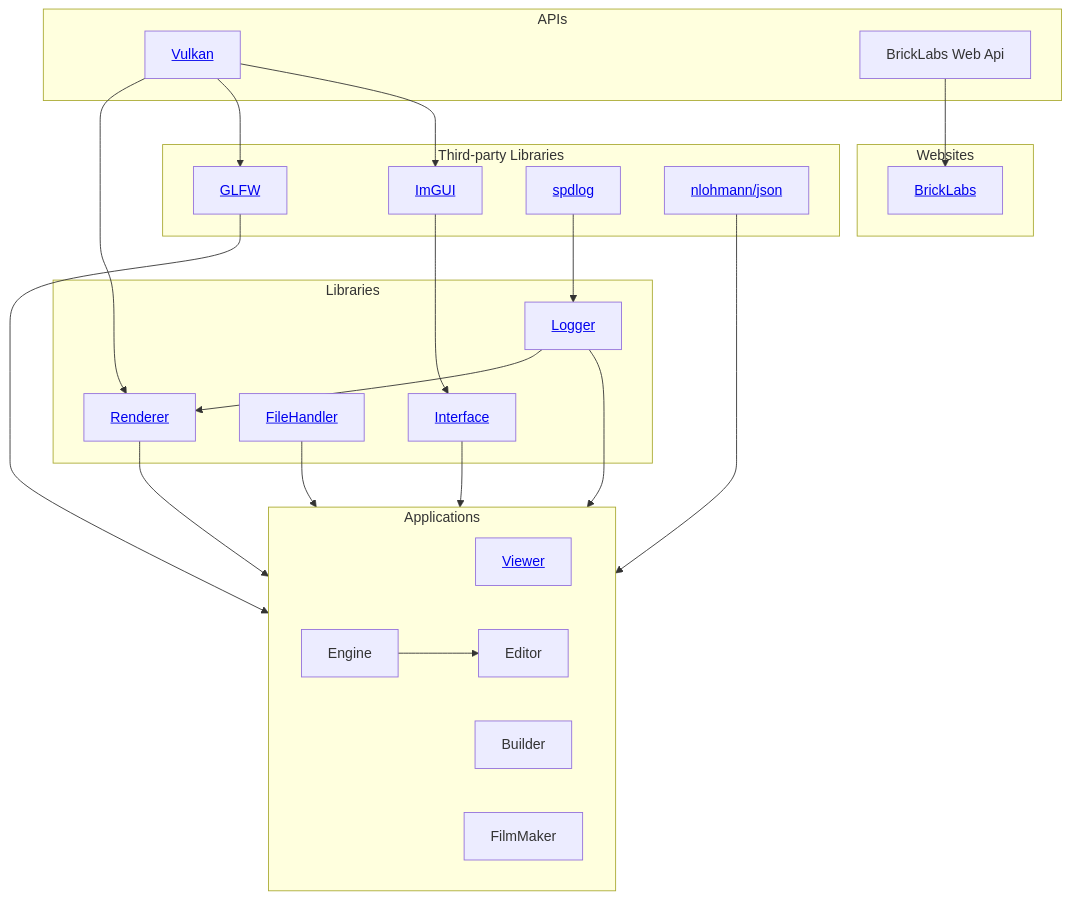
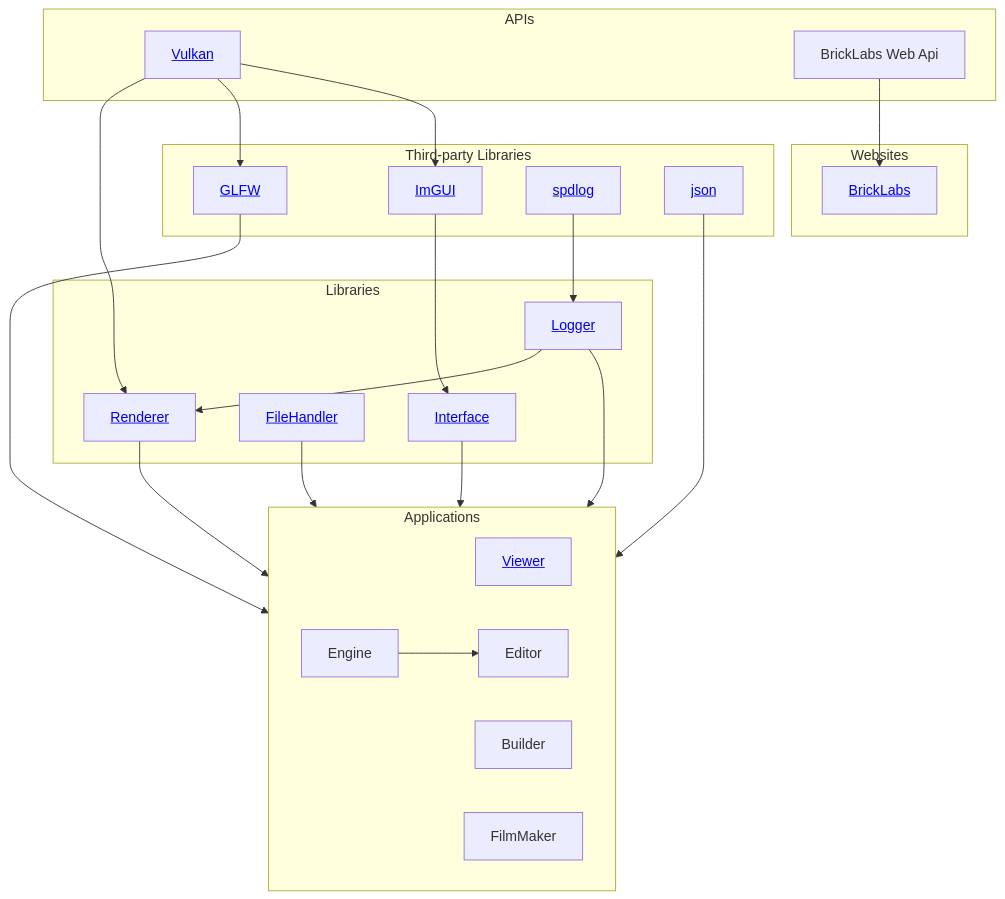
Before and after one commit to Brick-Labs/.github: the diagram in profile/README.md, drawn with Mermaid.

Commit message:
Update nlohmann_json references to json in Mermaid diagram

````diff
--- a/profile/README.md
+++ b/profile/README.md
@@ -6,58 +6,58 @@
 ```mermaid
 graph TD
     
     subgraph APIs
         Vulkan[<a href="https://vulkan.org">Vulkan</a>]
         BLAPI[<span>BrickLabs Web Api</span>]
     end
 
     subgraph Third-party Libraries
         GLFW[<a href="https://www.glfw.org">GLFW</a>]
         ImGUI[<a href="https://github.com/ocornut/imgui">ImGUI</a>]
         spdlog[<a href="https://github.com/gabime/spdlog">spdlog</a>]
-        nlohmann_json[<a href="https://github.com/nlohmann/json">nlohmann/json</a>]
+        json[<a href="https://github.com/nlohmann/json">json</a>]
     end
 
     subgraph Libraries
         Renderer[<a href="https://github.com/Brick-Labs/Renderer">Renderer</a>]
         FileHandler[<a href="https://github.com/Brick-Labs/FileHandler">FileHandler</a>]
         Logger[<a href="https://github.com/Brick-Labs/Logger">Logger</a>]
         BLGUI[<a href="https://github.com/Brick-Labs/Interface">Interface</a>]
     end
 
     subgraph Applications
         Viewer[<a href="https://github.com/Brick-Labs/Viewer">Viewer</a>]
         Builder
         Engine
         Editor
         FilmMaker
     end
 
     subgraph Websites
         BrickLabsWeb[<a href="https://github.com/Brick-Labs/Website">BrickLabs</a>]
     end
 
     %% APIs to Libraries
     Vulkan --> Renderer
     Vulkan --> GLFW
     Vulkan --> ImGUI
 
     %% APIs to Websites
     BLAPI --> BrickLabsWeb
 
     %% Libraries to Libraries
     ImGUI --> BLGUI
     spdlog --> Logger
     Logger --> Renderer
 
     %% Librararies to Applications
     Renderer --> Applications
     GLFW --> Applications
     BLGUI --> Applications 
     FileHandler --> Applications
     Logger --> Applications 
-    nlohmann_json --> Applications 
+    json --> Applications 
 
     %% Applications to Applications
     Engine --> Editor
 ```
````
